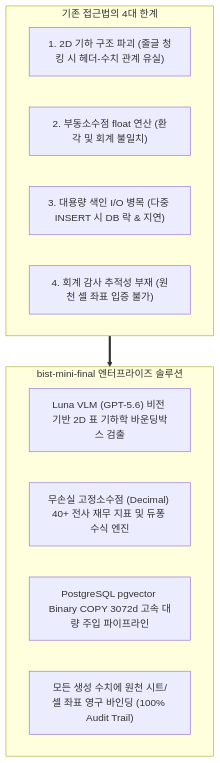
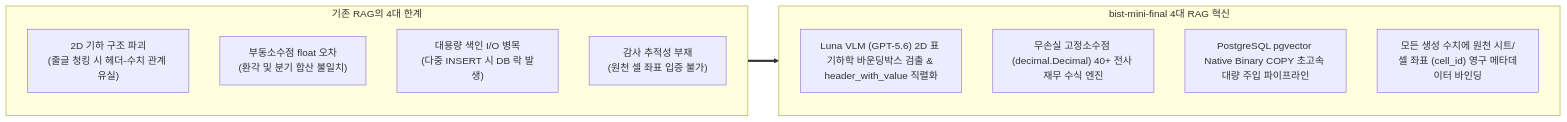
The second of 2 diagrams in docs/final_report/01_project_overview/SEC-101_background_and_necessity.md (bist-mini-final/bist-mini-final), drawn with Mermaid before and after one commit. The commit also changed other lines of this file and 92 other files, not shown here.

Commit message:
docs: restructure final report problem-solution storyline and sync enterprise contracts

````diff
--- a/docs/final_report/01_project_overview/SEC-101_background_and_necessity.md
+++ b/docs/final_report/01_project_overview/SEC-101_background_and_necessity.md
@@ -11,18 +74,18 @@
 ```mermaid
-flowchart TD
-    subgraph ProblemSpace ["기존 접근법의 4대 한계"]
-        P1["1. 2D 기하 구조 파괴 (줄글 청킹 시 헤더-수치 관계 유실)"]
-        P2["2. 부동소수점 float 연산 (환각 및 회계 불일치)"]
-        P3["3. 대용량 색인 I/O 병목 (다중 INSERT 시 DB 락 & 지연)"]
-        P4["4. 회계 감사 추적성 부재 (원천 셀 좌표 입증 불가)"]
+flowchart LR
+    subgraph Limitations ["기존 RAG의 4대 한계"]
+        L1["2D 기하 구조 파괴\n(줄글 청킹 시 헤더-수치 관계 유실)"]
+        L2["부동소수점 float 오차\n(환각 및 분기 합산 불일치)"]
+        L3["대용량 색인 I/O 병목\n(다중 INSERT 시 DB 락 발생)"]
+        L4["감사 추적성 부재\n(원천 셀 좌표 입증 불가)"]
     end
 
-    subgraph SolutionSpace ["bist-mini-final 엔터프라이즈 솔루션"]
-        S1["Luna VLM (GPT-5.6) 비전 기반 2D 표 기하학 바운딩박스 검출"]
-        S2["무손실 고정소수점 (Decimal) 40+ 전사 재무 지표 및 듀퐁 수식 엔진"]
-        S3["PostgreSQL pgvector Binary COPY 3072d 고속 대량 주입 파이프라인"]
-        S4["모든 생성 수치에 원천 시트/셀 좌표 영구 바인딩 (100% Audit Trail)"]
+    subgraph Innovations ["bist-mini-final 4대 RAG 혁신"]
+        I1["Luna VLM (GPT-5.6) 2D 표 기하학 바운딩박스 검출 & header_with_value 직렬화"]
+        I2["무손실 고정소수점 (decimal.Decimal) 40+ 전사 재무 수식 엔진"]
+        I3["PostgreSQL pgvector Native Binary COPY 초고속 대량 주입 파이프라인"]
+        I4["모든 생성 수치에 원천 시트/셀 좌표 (cell_id) 영구 메타데이터 바인딩"]
     end
 
-    ProblemSpace ==> SolutionSpace
+    Limitations ==> Innovations
 ```
````
